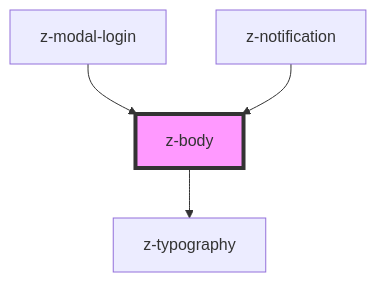
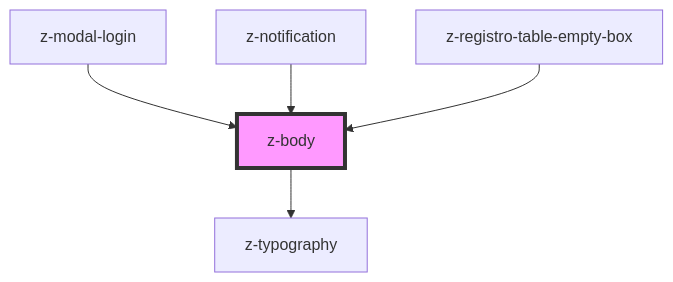
One commit to ZanichelliEditore/design-system changed the diagram in src/components/typography/z-body/readme.md. Above: the diagram before and after it, drawn with Mermaid. The commit also changed other lines of this file and 9 other files, not shown here.

Commit message:
feat(clav-110): handle empty table

````diff
--- a/src/components/typography/z-body/readme.md
+++ b/src/components/typography/z-body/readme.md
@@ -27,7 +28,8 @@
 ```mermaid
 graph TD;
   z-body --> z-typography
   z-modal-login --> z-body
   z-notification --> z-body
+  z-registro-table-empty-box --> z-body
   style z-body fill:#f9f,stroke:#333,stroke-width:4px
 ```
````
